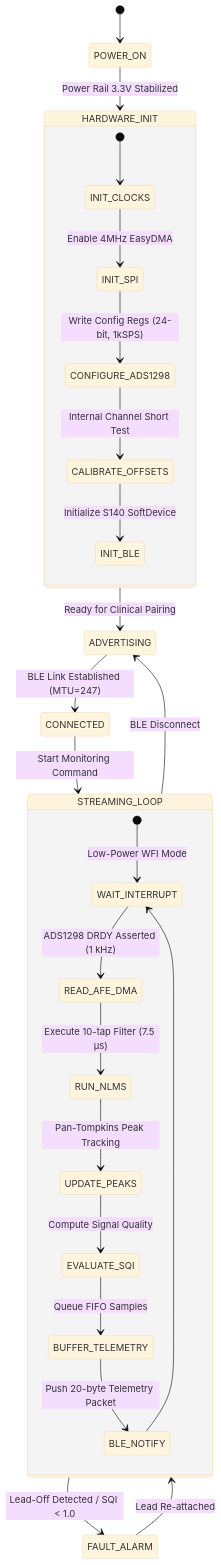
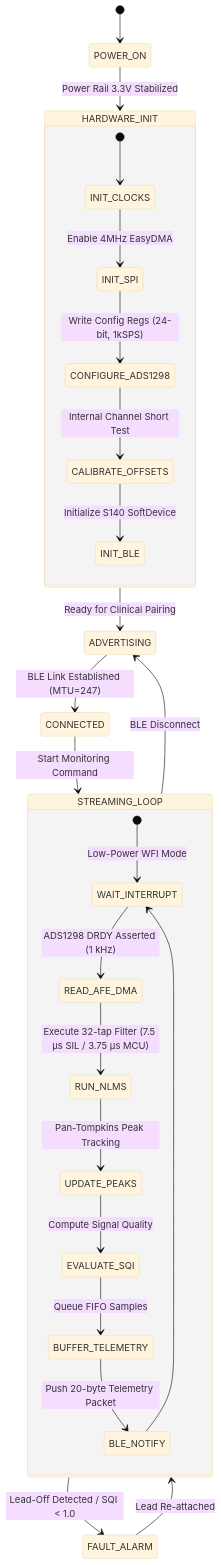
The third of 3 diagrams in docs/ARCHITECTURE_DIAGRAMS.md (atharveeee-netizen/MOM), drawn with Mermaid (base theme) before and after one commit. The commit also changed other lines of this file and 9 other files, not shown here.

Commit message:
fix(dsp): reconcile 32-tap NLMS configuration, add statistical uncertainty distribution, clarify SIL latency, and recompile 22-page proposal PDF

````diff
--- a/docs/ARCHITECTURE_DIAGRAMS.md
+++ b/docs/ARCHITECTURE_DIAGRAMS.md
@@ -178,32 +178,32 @@
 ```mermaid
 stateDiagram-v2
     [*] --> POWER_ON
     POWER_ON --> HARDWARE_INIT: Power Rail 3.3V Stabilized
     
     state HARDWARE_INIT {
         [*] --> INIT_CLOCKS
         INIT_CLOCKS --> INIT_SPI: Enable 4MHz EasyDMA
         INIT_SPI --> CONFIGURE_ADS1298: Write Config Regs (24-bit, 1kSPS)
         CONFIGURE_ADS1298 --> CALIBRATE_OFFSETS: Internal Channel Short Test
         CALIBRATE_OFFSETS --> INIT_BLE: Initialize S140 SoftDevice
     }
     
     HARDWARE_INIT --> ADVERTISING: Ready for Clinical Pairing
     ADVERTISING --> CONNECTED: BLE Link Established (MTU=247)
     
     state STREAMING_LOOP {
         [*] --> WAIT_INTERRUPT: Low-Power WFI Mode
         WAIT_INTERRUPT --> READ_AFE_DMA: ADS1298 DRDY Asserted (1 kHz)
-        READ_AFE_DMA --> RUN_NLMS: Execute 10-tap Filter (7.5 µs)
+        READ_AFE_DMA --> RUN_NLMS: Execute 32-tap Filter (7.5 µs SIL / 3.75 µs MCU)
         RUN_NLMS --> UPDATE_PEAKS: Pan-Tompkins Peak Tracking
         UPDATE_PEAKS --> EVALUATE_SQI: Compute Signal Quality
         EVALUATE_SQI --> BUFFER_TELEMETRY: Queue FIFO Samples
         BUFFER_TELEMETRY --> BLE_NOTIFY: Push 20-byte Telemetry Packet
         BLE_NOTIFY --> WAIT_INTERRUPT
     }
     
     CONNECTED --> STREAMING_LOOP: Start Monitoring Command
     STREAMING_LOOP --> ADVERTISING: BLE Disconnect
     STREAMING_LOOP --> FAULT_ALARM: Lead-Off Detected / SQI < 1.0
     FAULT_ALARM --> STREAMING_LOOP: Lead Re-attached
 ```
````
